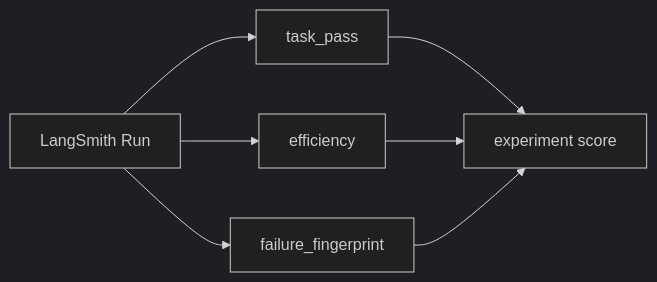
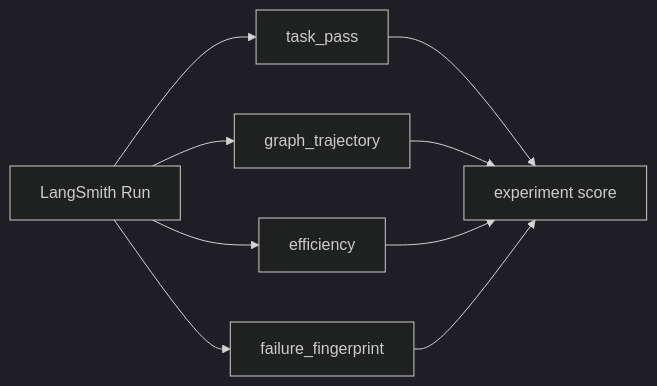
One commit to HOSH19/HarnessLab changed the fifth of 7 diagrams in README.md. Above: the diagram before and after it, drawn with Mermaid (dark theme). The commit also changed other lines of this file, not shown here.

First line of the commit message:
Fix Mermaid architecture diagram parse error on GitHub.

````diff
--- a/README.md
+++ b/README.md
@@ -109,9 +109,11 @@
 ```mermaid
 flowchart LR
     Run[LangSmith Run] --> TP[task_pass]
+    Run --> GT[graph_trajectory]
     Run --> EF[efficiency]
     Run --> FF[failure_fingerprint]
     TP --> Score[experiment score]
+    GT --> Score
     EF --> Score
     FF --> Score
 ```
````
